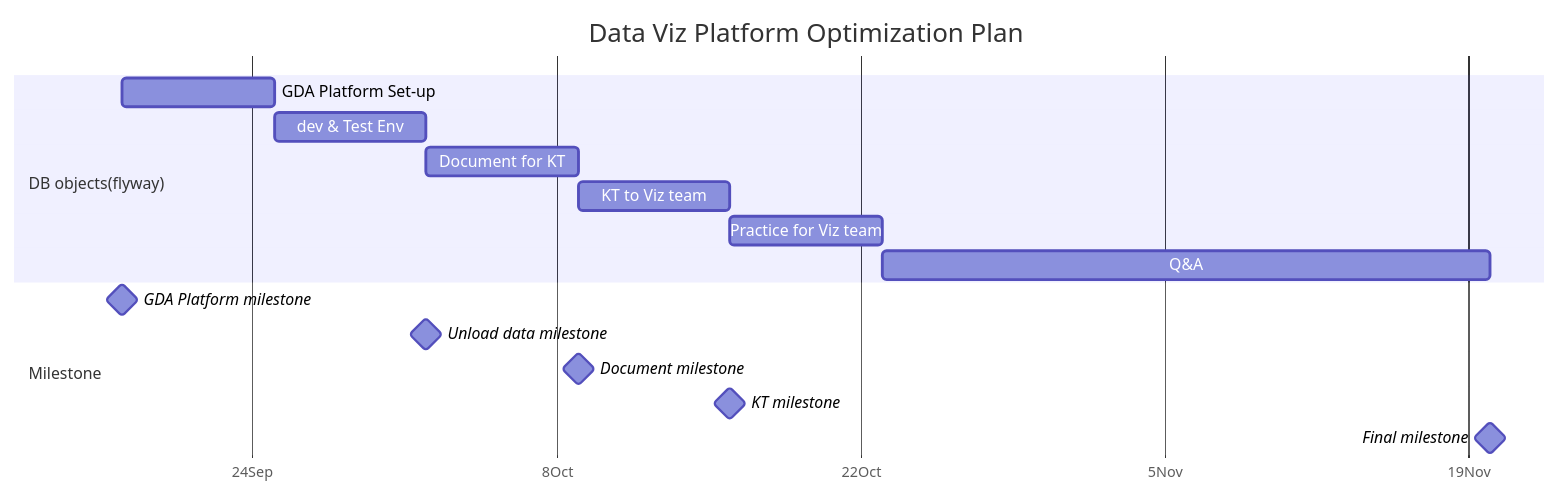
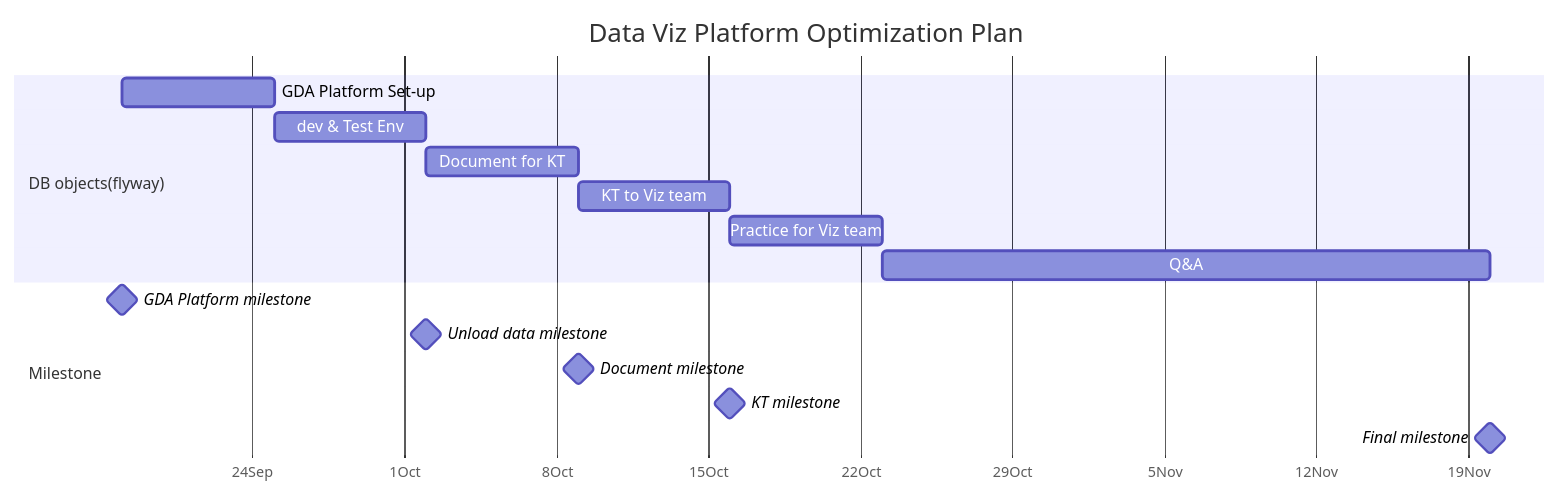
Before and after one commit to Jamesxuxiao/plan: the diagram in Plan.md, drawn with Mermaid.

````diff
--- a/Plan.md
+++ b/Plan.md
@@ -6,28 +6,28 @@
 ```mermaid
 gantt
     dateFormat  YYYY-MM-DD
     title       Data Viz Platform Optimization Plan
     axisFormat %e%b
     todayMarker on
     %%excludes    weekends
-    tickInterval 2week
+    tickInterval 1week
     %% (`excludes` accepts specific dates in YYYY-MM-DD format, days of the week ("sunday") or "weekends", but not the word "weekdays".)
 
 
     section A ridiculously <br> long section <br> name
 
     section DB objects(flyway)
     GDA Platform Set-up         :    des11, after m0, 1w
     dev & Test Env              :    des12, after des11, 1w
     Document for KT             :    des13, after des12, 1w
     KT to Viz team              :    des14, after des13, 1w
     Practice for Viz team       :    des15, after des14, 1w
     Q&A                         :    des16, after des15, 4w
 
     section Milestone
     GDA Platform milestone      : milestone, m0, 2023-09-18,2min
     Unload data milestone       : milestone, m1, after des12, 2min
     Document milestone          : milestone, m2, after des13, 2min
     KT milestone                : milestone, m3, after des14, 2min
     Final milestone             : milestone, m5, after des16, 2min
 ```
````
